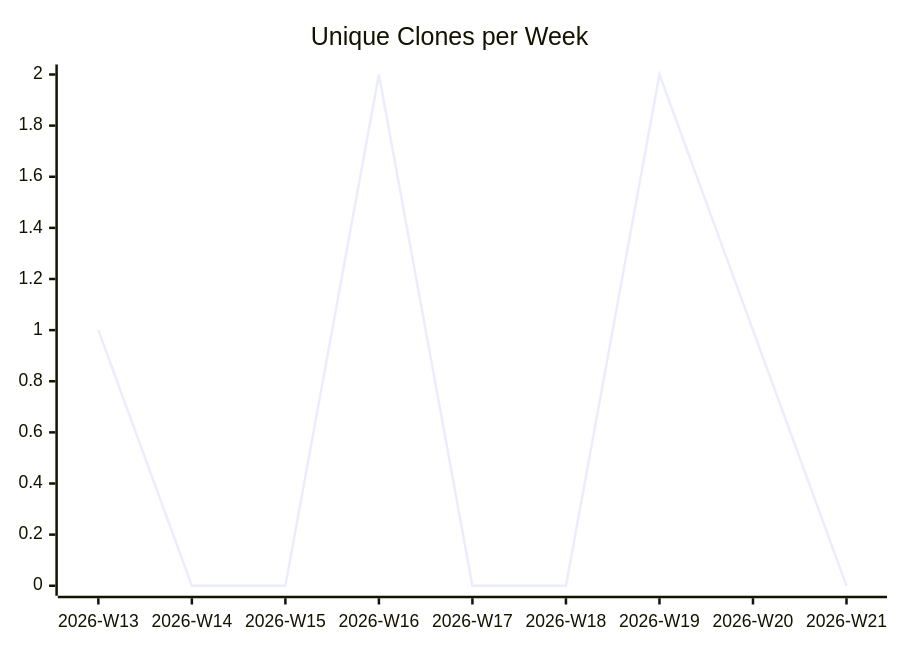
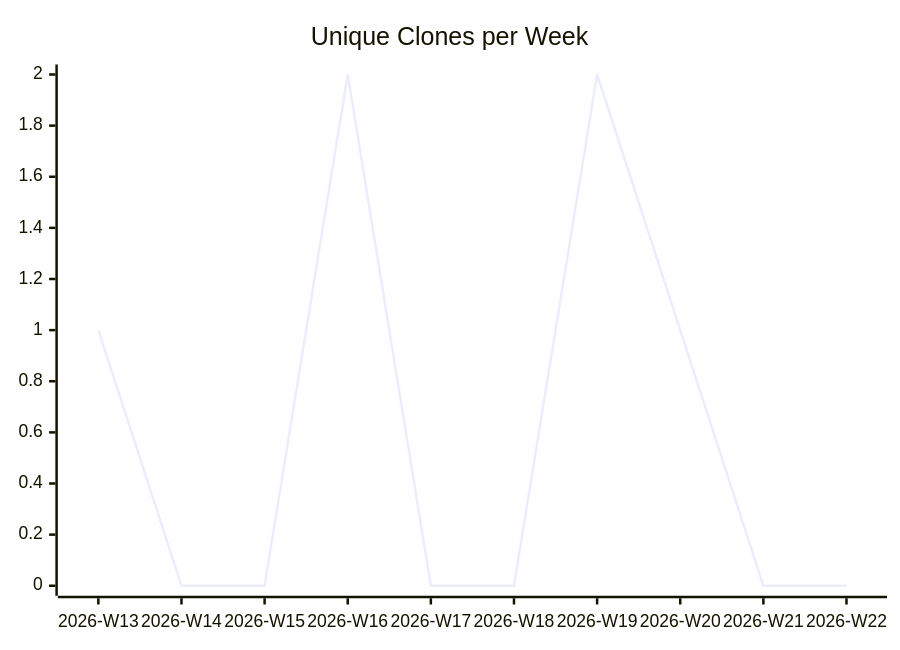
Before and after one commit to justdavis-family/github-analytics-data: the third of 3 diagrams in karlmdavis/datanucleus-test-jdo-1-to-n/README.md, drawn with Mermaid. The commit also changed other lines of this file and 190 other files, not shown here.

````diff
--- a/karlmdavis/datanucleus-test-jdo-1-to-n/README.md
+++ b/karlmdavis/datanucleus-test-jdo-1-to-n/README.md
@@ -19,6 +19,6 @@
 ```mermaid
 xychart-beta
   title "Unique Clones per Week"
-  x-axis ["2026-W13", "2026-W14", "2026-W15", "2026-W16", "2026-W17", "2026-W18", "2026-W19", "2026-W20", "2026-W21"]
-  line [1, 0, 0, 2, 0, 0, 2, 1, 0]
+  x-axis ["2026-W13", "2026-W14", "2026-W15", "2026-W16", "2026-W17", "2026-W18", "2026-W19", "2026-W20", "2026-W21", "2026-W22"]
+  line [1, 0, 0, 2, 0, 0, 2, 1, 0, 0]
 ```
````
